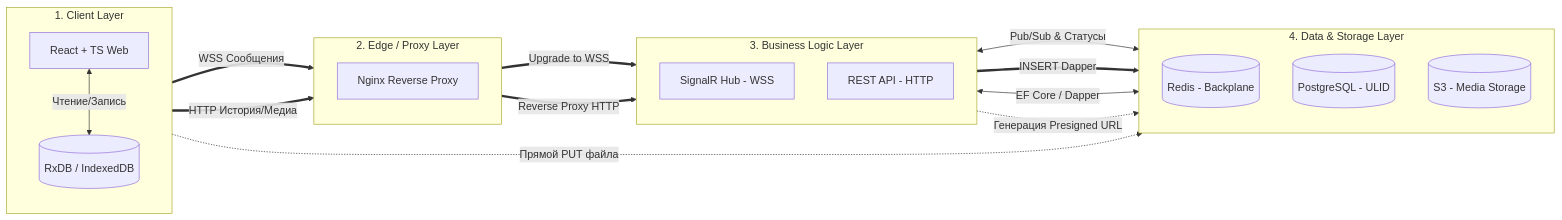
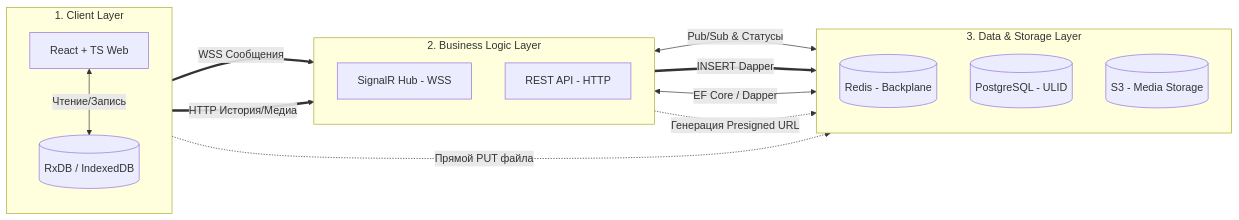
One commit to Fozu7916/Messenger1 changed the diagram in DOCUMENTATION.md. Above: the diagram before and after it, drawn with Mermaid. The commit also changed other lines of this file and 12 other files, not shown here.

````diff
--- a/DOCUMENTATION.md
+++ b/DOCUMENTATION.md
@@ -64,39 +63,31 @@
 ```mermaid
 flowchart LR
     subgraph L1 [1. Client Layer]
         direction TB
         React[React + TS Web]
         RxDB[(RxDB / IndexedDB)]
         React <-->|Чтение/Запись| RxDB
     end
 
-    subgraph L2 [2. Edge / Proxy Layer]
-        direction TB
-        Nginx[Nginx Reverse Proxy]
-    end
-
-    subgraph L3 [3. Business Logic Layer]
+    subgraph L3 [2. Business Logic Layer]
         direction TB
         SignalR[SignalR Hub - WSS]
         REST[REST API - HTTP]
     end
 
-    subgraph L4 [4. Data & Storage Layer]
+    subgraph L4 [3. Data & Storage Layer]
         direction TB
         Redis[(Redis - Backplane)]
         Postgres[(PostgreSQL - ULID)]
         S3[(S3 - Media Storage)]
     end
 
-    React ==>|WSS Сообщения| Nginx
-    React ==>|HTTP История/Медиа| Nginx
+    React ==>|WSS Сообщения| SignalR
+    React ==>|HTTP История/Медиа| REST
     React -.->|Прямой PUT файла| S3
-
-    Nginx ==>|Upgrade to WSS| SignalR
-    Nginx ==>|Reverse Proxy HTTP| REST
 
     SignalR <-->|Pub/Sub & Статусы| Redis
     SignalR ==>|INSERT Dapper| Postgres
     REST <-->|EF Core / Dapper| Postgres
     REST -.->|Генерация Presigned URL| S3
 ```
````
